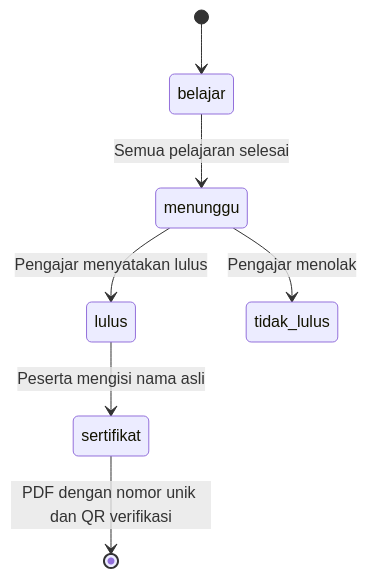
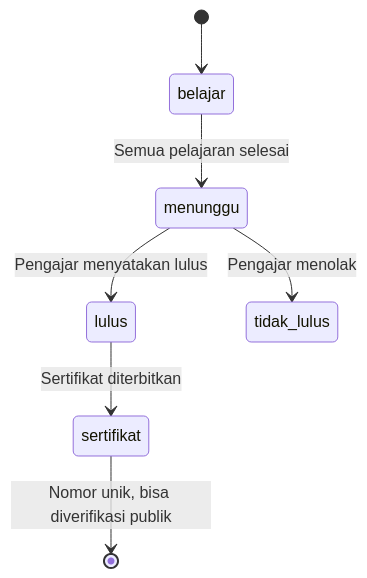
Before and after one commit to filodev0606-glitch/filodev0606-glitch: the third of 3 diagrams in projects/platform-kelas-online.md, drawn with Mermaid. The commit also changed other lines of this file and 4 other files, not shown here.

````diff
--- a/projects/platform-kelas-online.md
+++ b/projects/platform-kelas-online.md
@@ -48,9 +48,9 @@
 ```mermaid
 stateDiagram-v2
     [*] --> belajar
     belajar --> menunggu: Semua pelajaran selesai
     menunggu --> lulus: Pengajar menyatakan lulus
     menunggu --> tidak_lulus: Pengajar menolak
-    lulus --> sertifikat: Peserta mengisi nama asli
-    sertifikat --> [*]: PDF dengan nomor unik dan QR verifikasi
+    lulus --> sertifikat: Sertifikat diterbitkan
+    sertifikat --> [*]: Nomor unik, bisa diverifikasi publik
 ```
````
